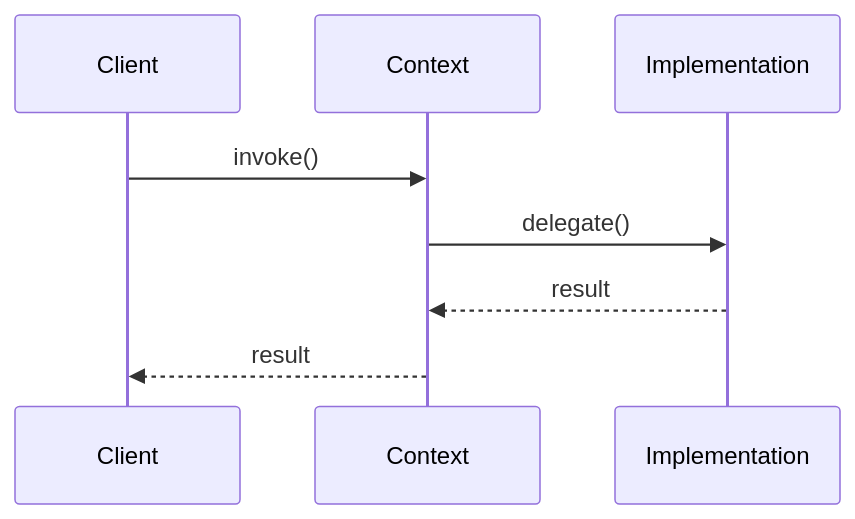
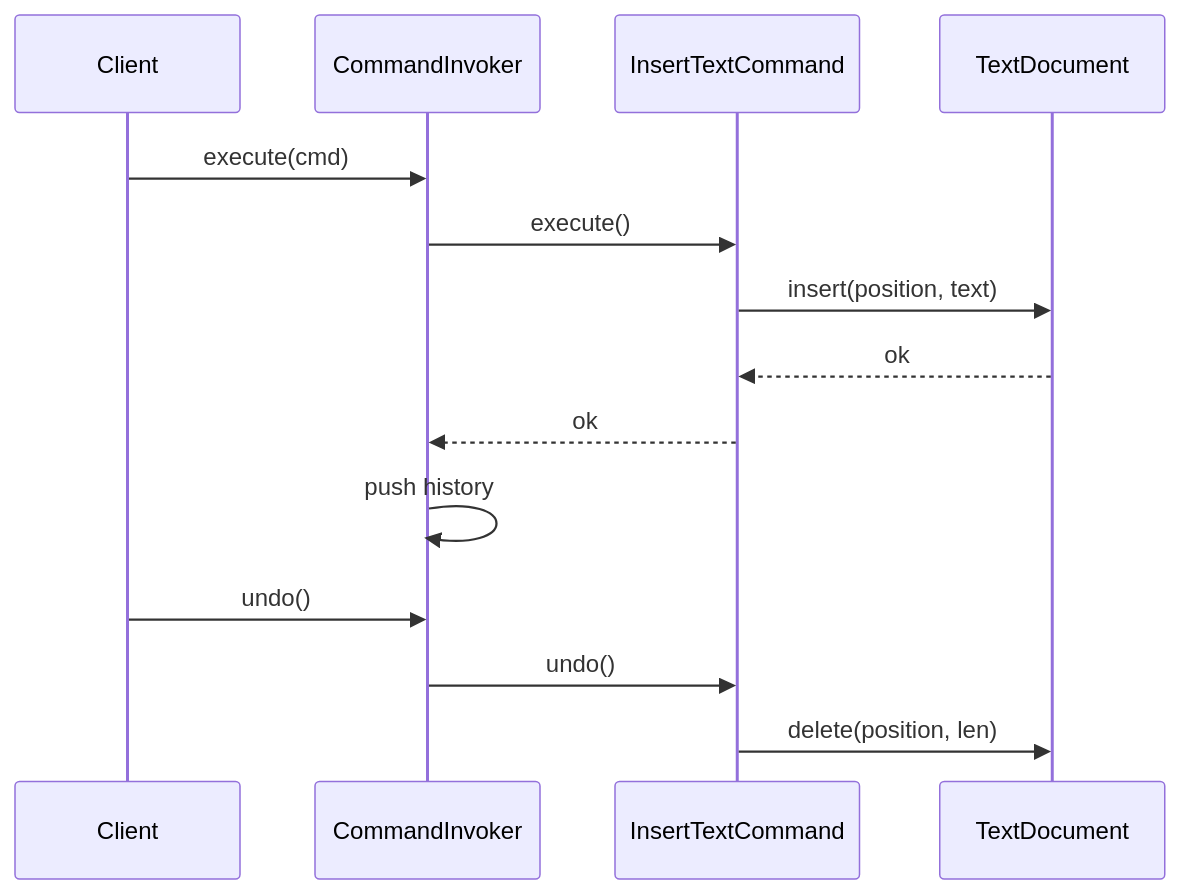
Before and after one commit to pradeep2Tech/pradeep2Tech.github.io: the second of 2 diagrams in content/design-patterns/command-pattern.md, drawn with Mermaid. The commit also changed other lines of this file and 40 other files, not shown here.

````diff
--- a/content/design-patterns/command-pattern.md
+++ b/content/design-patterns/command-pattern.md
@@ -43,10 +69,16 @@
 ```mermaid
 sequenceDiagram
     participant Client
-    participant Context
-    participant Implementation
-    Client->>Context: invoke()
-    Context->>Implementation: delegate()
-    Implementation-->>Context: result
-    Context-->>Client: result
+    participant Invoker as CommandInvoker
+    participant Cmd as InsertTextCommand
+    participant Doc as TextDocument
+    Client->>Invoker: execute(cmd)
+    Invoker->>Cmd: execute()
+    Cmd->>Doc: insert(position, text)
+    Doc-->>Cmd: ok
+    Cmd-->>Invoker: ok
+    Invoker->>Invoker: push history
+    Client->>Invoker: undo()
+    Invoker->>Cmd: undo()
+    Cmd->>Doc: delete(position, len)
 ```
````
